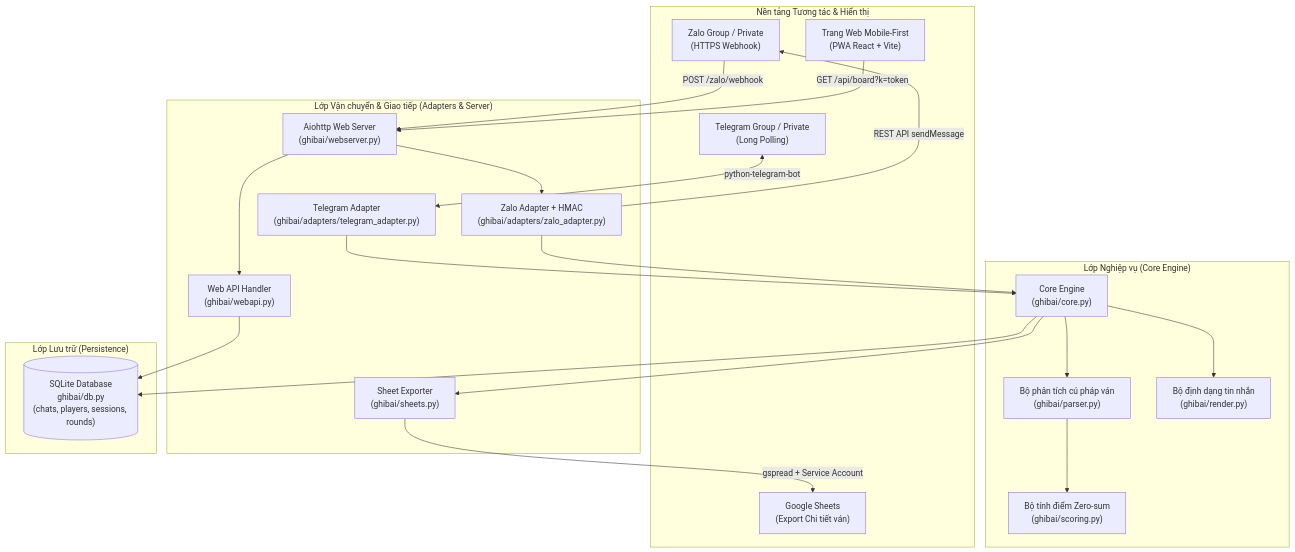
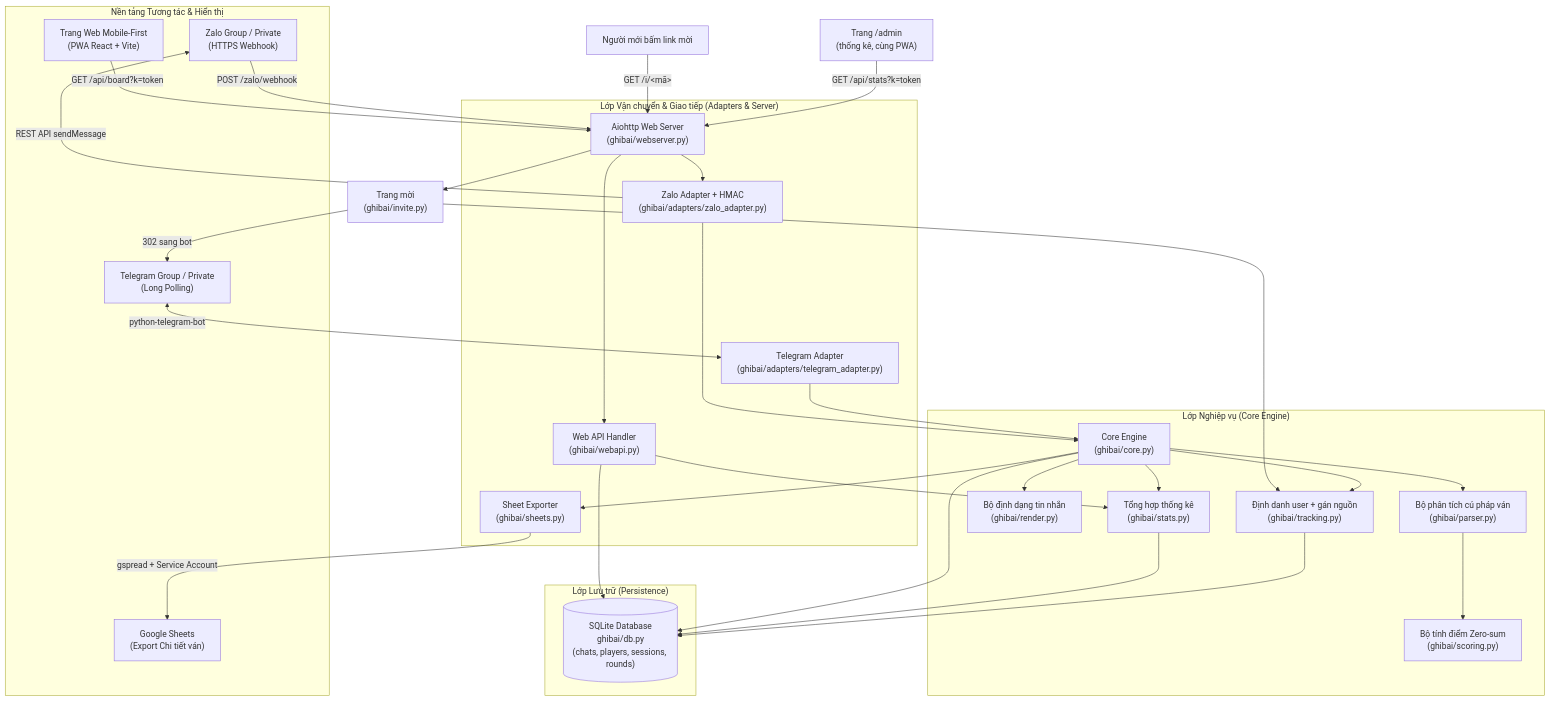
One commit to mihb123/ghi_sam changed the first of 2 diagrams in docs/index.md. Above: the diagram before and after it, drawn with Mermaid. The commit also changed other lines of this file and 28 other files, not shown here.

Commit message:
tracking/user_20260902_2305

````diff
--- a/docs/index.md
+++ b/docs/index.md
@@ -29,43 +29,52 @@
 ```mermaid
 flowchart TD
     subgraph Clients["Nền tảng Tương tác & Hiển thị"]
         TG["Telegram Group / Private<br/>(Long Polling)"]
         ZL["Zalo Group / Private<br/>(HTTPS Webhook)"]
         WEB["Trang Web Mobile-First<br/>(PWA React + Vite)"]
         GS["Google Sheets<br/>(Export Chi tiết ván)"]
     end
 
     subgraph Adapters["Lớp Vận chuyển & Giao tiếp (Adapters & Server)"]
         TGA["Telegram Adapter<br/>(ghibai/adapters/telegram_adapter.py)"]
         ZLA["Zalo Adapter + HMAC<br/>(ghibai/adapters/zalo_adapter.py)"]
         HTTP["Aiohttp Web Server<br/>(ghibai/webserver.py)"]
         WAPI["Web API Handler<br/>(ghibai/webapi.py)"]
         EXP["Sheet Exporter<br/>(ghibai/sheets.py)"]
     end
 
     subgraph Business["Lớp Nghiệp vụ (Core Engine)"]
         ENG["Core Engine<br/>(ghibai/core.py)"]
         PARSER["Bộ phân tích cú pháp ván<br/>(ghibai/parser.py)"]
         SCORING["Bộ tính điểm Zero-sum<br/>(ghibai/scoring.py)"]
         RENDER["Bộ định dạng tin nhắn<br/>(ghibai/render.py)"]
+        TRACK["Định danh user + gán nguồn<br/>(ghibai/tracking.py)"]
+        STATS["Tổng hợp thống kê<br/>(ghibai/stats.py)"]
     end
 
     subgraph Storage["Lớp Lưu trữ (Persistence)"]
         DB[("SQLite Database<br/>ghibai/db.py<br/>(chats, players, sessions, rounds)")]
     end
 
     TG <-->|python-telegram-bot| TGA
     ZL -->|POST /zalo/webhook| HTTP --> ZLA
     ZLA -->|REST API sendMessage| ZL
     WEB -->|GET /api/board?k=token| HTTP --> WAPI
+    ADMIN["Trang /admin<br/>(thống kê, cùng PWA)"] -->|GET /api/stats?k=token| HTTP
+    NEW["Người mới bấm link mời"] -->|GET /i/&lt;mã&gt;| HTTP --> INV["Trang mời<br/>(ghibai/invite.py)"]
+    INV -->|302 sang bot| TG
 
     TGA --> ENG
     ZLA --> ENG
     WAPI --> DB
     EXP -->|gspread + Service Account| GS
 
     ENG --> PARSER --> SCORING
     ENG --> RENDER
+    ENG --> TRACK --> DB
+    ENG --> STATS --> DB
+    INV --> TRACK
+    WAPI --> STATS
     ENG --> DB
     ENG --> EXP
 ```
````
